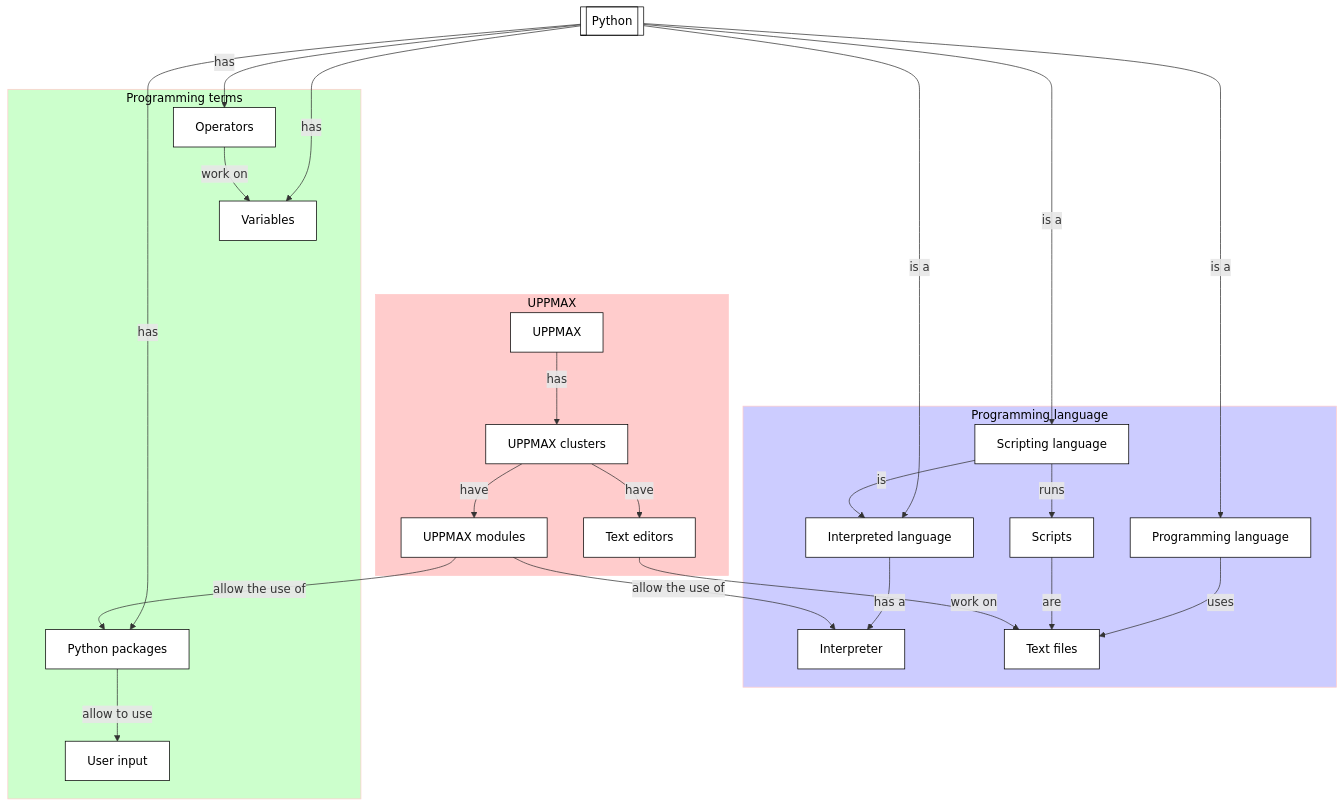
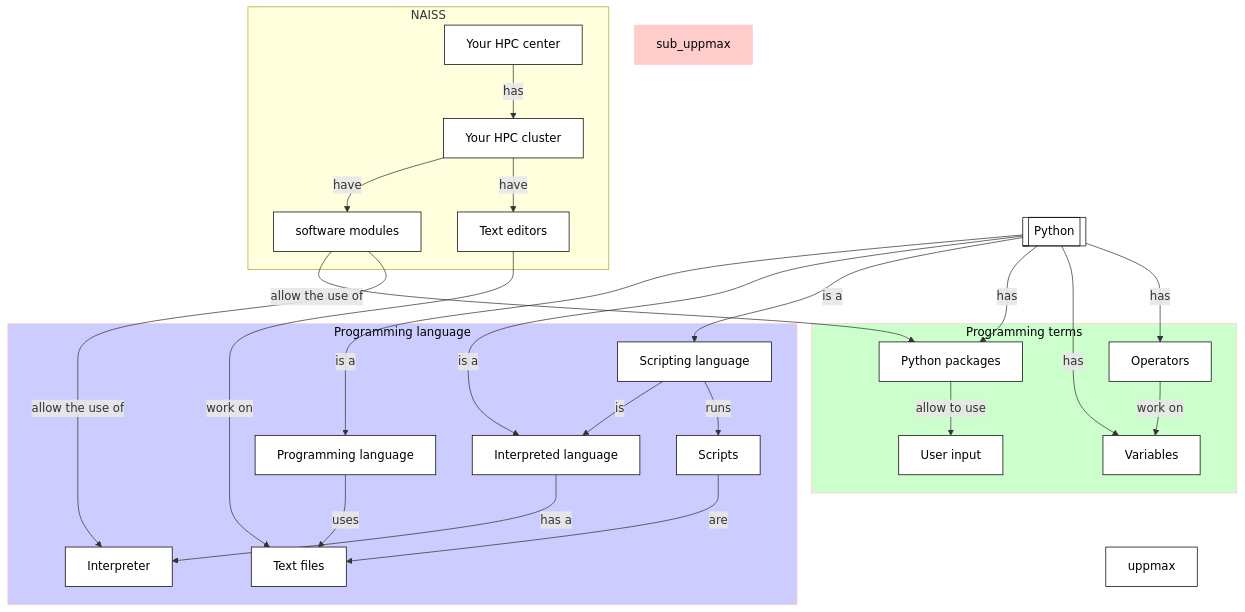
One commit to UPPMAX/uppmax_intro_python changed the diagram in docs/sessions/introduction_getting_it_to_run.md. Above: the diagram before and after it, drawn with Mermaid. The commit also changed 7 other files, not shown here.

````diff
--- a/docs/sessions/introduction_getting_it_to_run.md
+++ b/docs/sessions/introduction_getting_it_to_run.md
@@ -23,76 +23,76 @@
 ```mermaid
 flowchart TD
     python[[Python]]
 
     %% Give a white background to all nodes, instead of a transparent one
     classDef node fill:#fff,color:#000,stroke:#000
 
     subgraph sub_programming_language[Programming language]
       interpreted_language[Interpreted language]
       programming_language[Programming language]
       scripting_language[Scripting language]
       interpreter[Interpreter]
       scripts[Scripts]
       text_files[Text files]
     end
     style sub_programming_language fill:#ccf,color:#000,stroke:#fcc
 
     subgraph sub_programming_terms[Programming terms]
       user_input[User input]
       %% file_io[File I/O]
       %% command_line_arguments[Command-line arguments]
       variables[Variables]
       operators[Operators]
       %% functions[Functions]
       python_packages[Python packages]
       %% graphics[Graphics]
     end 
     style sub_programming_terms fill:#cfc,color:#000,stroke:#fcc
 
-    subgraph sub_uppmax[UPPMAX]
-      uppmax[UPPMAX]
-      uppmax_modules[UPPMAX modules]
-      uppmax_clusters[UPPMAX clusters]
+    subgraph sub_naiss[NAISS]
+      your_hpc_center[Your HPC center]
+      modules[software modules]
+      your_hpc_cluster[Your HPC cluster]
       text_editors[Text editors]
       %% x_forwarding[X-forwarding]
       %% remote_desktop[Remote desktop]
     end
     style sub_uppmax fill:#fcc,color:#000,stroke:#fcc
 
     python --> |is a| programming_language
     python --> |is a| interpreted_language
     python --> |is a| scripting_language
 
     programming_language --> |uses| text_files
     interpreted_language --> |has a| interpreter
     scripting_language --> |is|interpreted_language
     scripting_language --> |runs| scripts
     scripts --> |are| text_files
     %% scripts --> |can use| command_line_arguments
 
     python --> |has| python_packages
     python --> |has| variables
     %%python --> |has| functions
     python --> |has| operators
     %%functions --> |use| variables
     operators --> |work on| variables
     %%python_packages --> |allow| graphics
     python_packages --> |allow to use| user_input
     %% python_packages --> |allow to do| file_io
     %% python_packages --> |allow to use| command_line_arguments
 
-    uppmax --> |has| uppmax_clusters
-    uppmax_clusters --> |have| uppmax_modules
-    uppmax_clusters --> |have| text_editors
-    %% uppmax_clusters --> |allow| x_forwarding
-    %% uppmax_clusters --> |has| remote_desktop
-    uppmax_modules --> |allow the use of| python_packages
-    uppmax_modules --> |allow the use of| interpreter
+    your_hpc_center --> |has| your_hpc_cluster
+    your_hpc_cluster --> |have| modules
+    your_hpc_cluster --> |have| text_editors
+    %% your_hpc_cluster --> |allow| x_forwarding
+    %% your_hpc_cluster --> |has| remote_desktop
+    modules --> |allow the use of| python_packages
+    modules --> |allow the use of| interpreter
 
     text_editors --> |work on|text_files
     %%x_forwarding --> |allows|graphics
     %%remote_desktop --> |allows|graphics
     
 
     variables ~~~ uppmax
 ```
````
